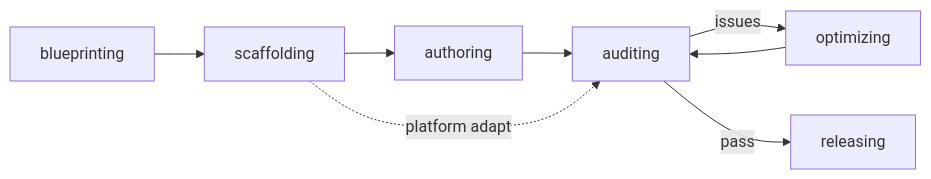
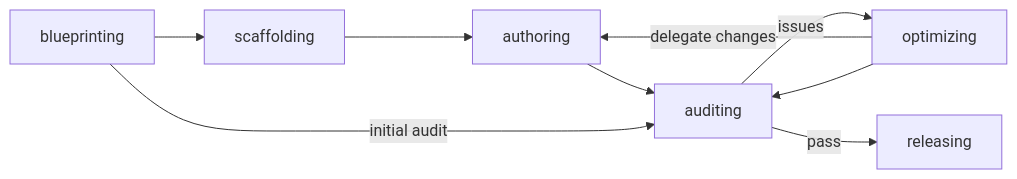
Before and after one commit to OdradekAI/skill-engineering-guide: the second of 3 diagrams in README.md, drawn with Mermaid. The commit also changed other lines of this file and 1 other file, not shown here.

````diff
--- a/README.md
+++ b/README.md
@@ -77,10 +77,11 @@
 ```mermaid
 flowchart LR
     Design["blueprinting"] --> Scaffold["scaffolding"]
     Scaffold --> Write["authoring"]
     Write --> Audit["auditing"]
+    Design -->|"initial audit"| Audit
     Audit -->|issues| Optimize["optimizing"]
+    Optimize -->|"delegate changes"| Write
     Optimize --> Audit
     Audit -->|pass| Release["releasing"]
-    Scaffold -.->|"platform adapt"| Audit
 ```
````
